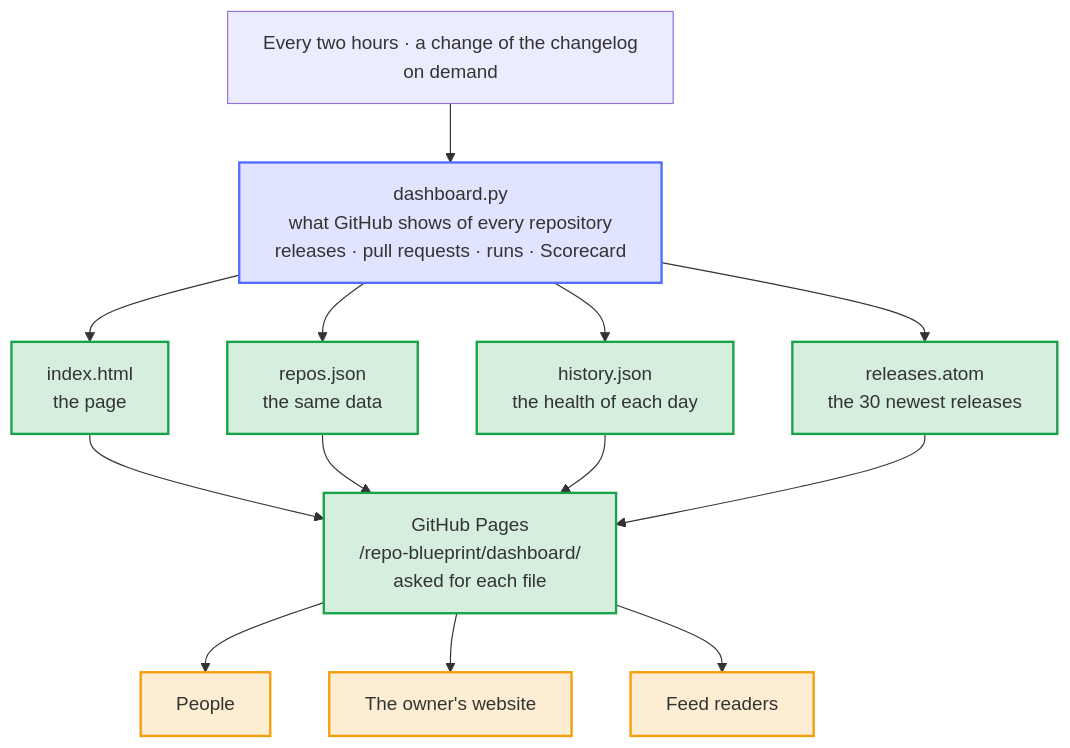
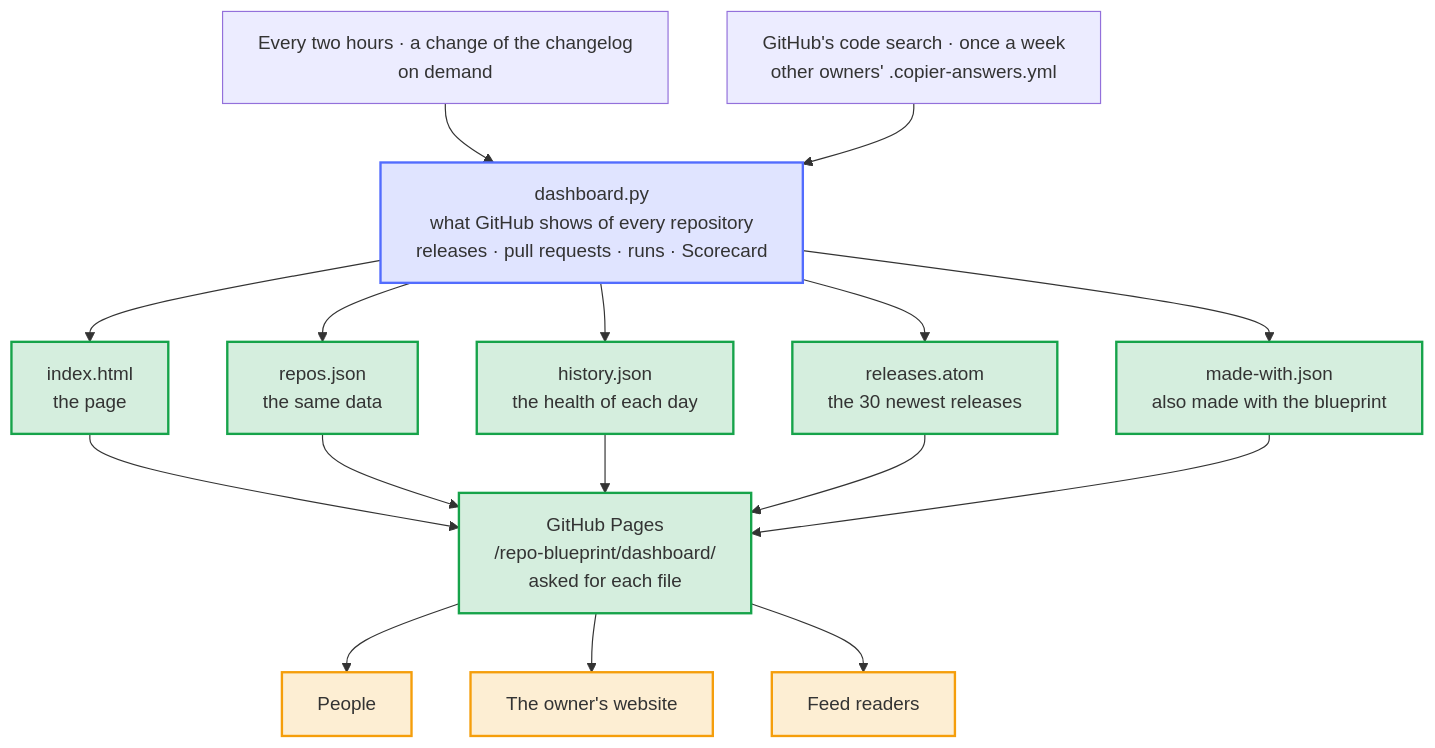
Before and after one commit to Dennis-Otto/repo-blueprint: the diagram in docs/diagrams/how-the-dashboard-reaches-its-readers.mmd, drawn with Mermaid. The commit also changed 18 other files, not shown here.

First line of the commit message:
feat: the website lists other owners' repositories made with the blueprint (#679)

```diff
--- a/docs/diagrams/how-the-dashboard-reaches-its-readers.mmd
+++ b/docs/diagrams/how-the-dashboard-reaches-its-readers.mmd
@@ -1,39 +1,44 @@
 ---
 config:
   flowchart:
     wrappingWidth: 400
 ---
 flowchart TB
     accTitle: How the dashboard reaches its readers
-    accDescr: Every two hours, after a change of the changelog and on demand, the Dashboard workflow runs dashboard.py, which reads what GitHub shows of every public repository of the owner: its releases, pull requests, runs and reports, and its Scorecard. It writes the page and beside it the same data as repos.json, the health of each day as history.json and the 30 newest releases as the Atom feed releases.atom. GitHub Pages publishes them at addresses that stay, and the job that publishes asks for each file. People read the page, the owner's website reads repos.json, and feed readers follow releases.atom.
+    accDescr: Every two hours, after a change of the changelog and on demand, the Dashboard workflow runs dashboard.py, which reads what GitHub shows of every public repository of the owner: its releases, pull requests, runs and reports, and its Scorecard, and once a week asks GitHub's code search for the public repositories of other owners made with the blueprint. It writes the page and beside it the same data as repos.json, the health of each day as history.json, the 30 newest releases as the Atom feed releases.atom and the repositories of other owners as made-with.json. GitHub Pages publishes them at addresses that stay, and the job that publishes asks for each file. People read the page, the owner's website reads repos.json, and feed readers follow releases.atom.
 
     start["Every two hours · a change of the changelog<br>on demand"]
+    search["GitHub's code search · once a week<br>other owners' .copier-answers.yml"]
     collect["dashboard.py<br>what GitHub shows of every repository<br>releases · pull requests · runs · Scorecard"]
     page["index.html<br>the page"]
     data["repos.json<br>the same data"]
     history["history.json<br>the health of each day"]
     feed["releases.atom<br>the 30 newest releases"]
+    made["made-with.json<br>also made with the blueprint"]
     pages["GitHub Pages<br>/repo-blueprint/dashboard/<br>asked for each file"]
     people["People"]
     hub["The owner's website"]
     readers["Feed readers"]
 
     start --> collect
+    search --> collect
     collect --> page
     collect --> data
     collect --> history
     collect --> feed
+    collect --> made
     page --> pages
     data --> pages
     history --> pages
     feed --> pages
+    made --> pages
     pages --> people
     pages --> hub
     pages --> readers
 
     classDef bot fill:#526cfe2e,stroke:#526cfe,stroke-width:2px
     classDef done fill:#16a34a2e,stroke:#16a34a,stroke-width:2px
     classDef person fill:#f59e0b2e,stroke:#f59e0b,stroke-width:2px
     class collect bot
-    class page,data,history,feed,pages done
+    class page,data,history,feed,made,pages done
     class people,hub,readers person
```
